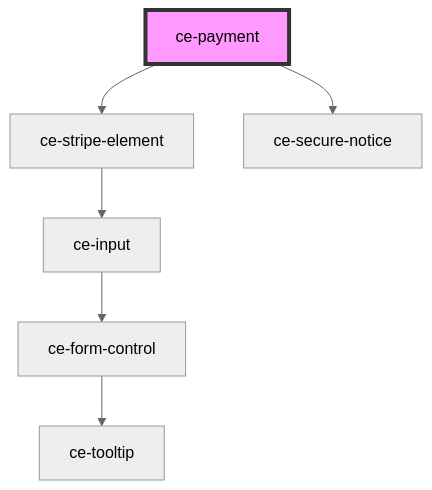
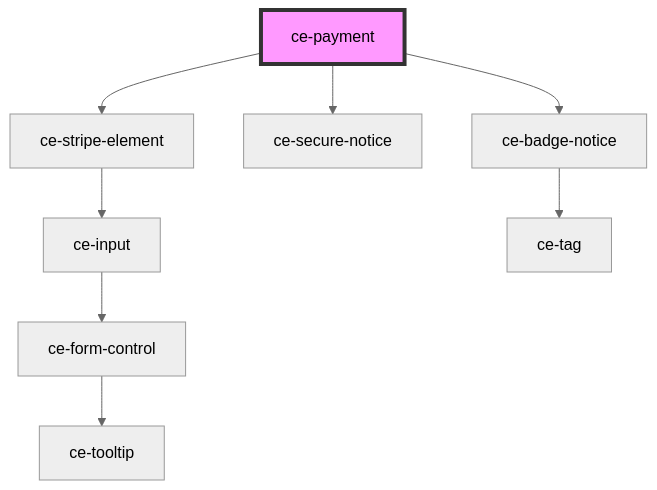
The diagram in packages/components/src/components/controllers/payment/readme.md (surecart/surecart-wp-plugin), drawn with Mermaid (neutral theme) before and after one commit. The commit also changed other lines of this file and 56 other files, not shown here.

````diff
--- a/packages/components/src/components/controllers/payment/readme.md
+++ b/packages/components/src/components/controllers/payment/readme.md
@@ -30,9 +31,11 @@
 ```mermaid
 graph TD;
   ce-payment --> ce-stripe-element
   ce-payment --> ce-secure-notice
+  ce-payment --> ce-badge-notice
   ce-stripe-element --> ce-input
   ce-input --> ce-form-control
   ce-form-control --> ce-tooltip
+  ce-badge-notice --> ce-tag
   style ce-payment fill:#f9f,stroke:#333,stroke-width:4px
 ```
````
